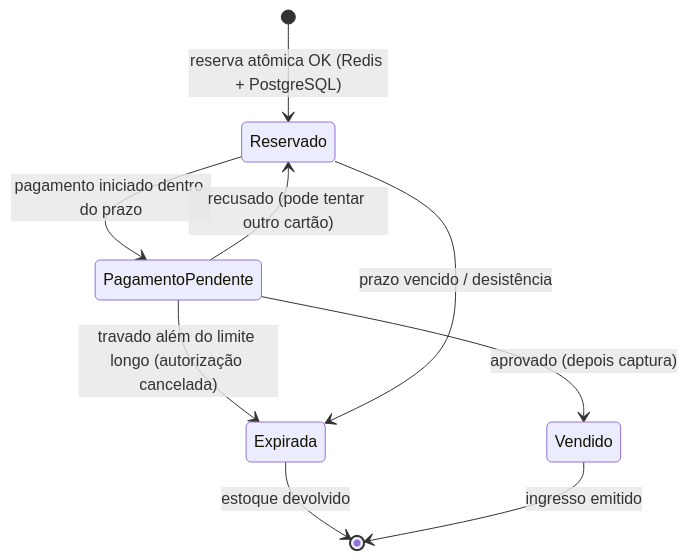
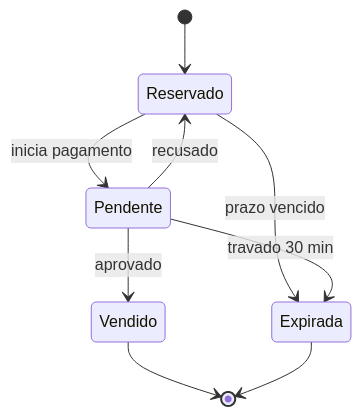
One commit to viniciusnau/rock-in-rio-ticketing-architecture changed the second of 3 diagrams in README.md. Above: the diagram before and after it, drawn with Mermaid. The commit also changed other lines of this file, not shown here.

Commit message:
Simplify architecture text and diagrams

````diff
--- a/README.md
+++ b/README.md
@@ -246,11 +90,11 @@
 ```mermaid
 stateDiagram-v2
-    [*] --> Reservado: reserva atômica OK (Redis + PostgreSQL)
-    Reservado --> PagamentoPendente: pagamento iniciado dentro do prazo
-    PagamentoPendente --> Vendido: aprovado (depois captura)
-    PagamentoPendente --> Reservado: recusado (pode tentar outro cartão)
-    PagamentoPendente --> Expirada: travado além do limite longo (autorização cancelada)
-    Reservado --> Expirada: prazo vencido / desistência
-    Expirada --> [*]: estoque devolvido
-    Vendido --> [*]: ingresso emitido
+    [*] --> Reservado
+    Reservado --> Pendente: inicia pagamento
+    Pendente --> Vendido: aprovado
+    Pendente --> Reservado: recusado
+    Reservado --> Expirada: prazo vencido
+    Pendente --> Expirada: travado 30 min
+    Vendido --> [*]
+    Expirada --> [*]
 ```
````
